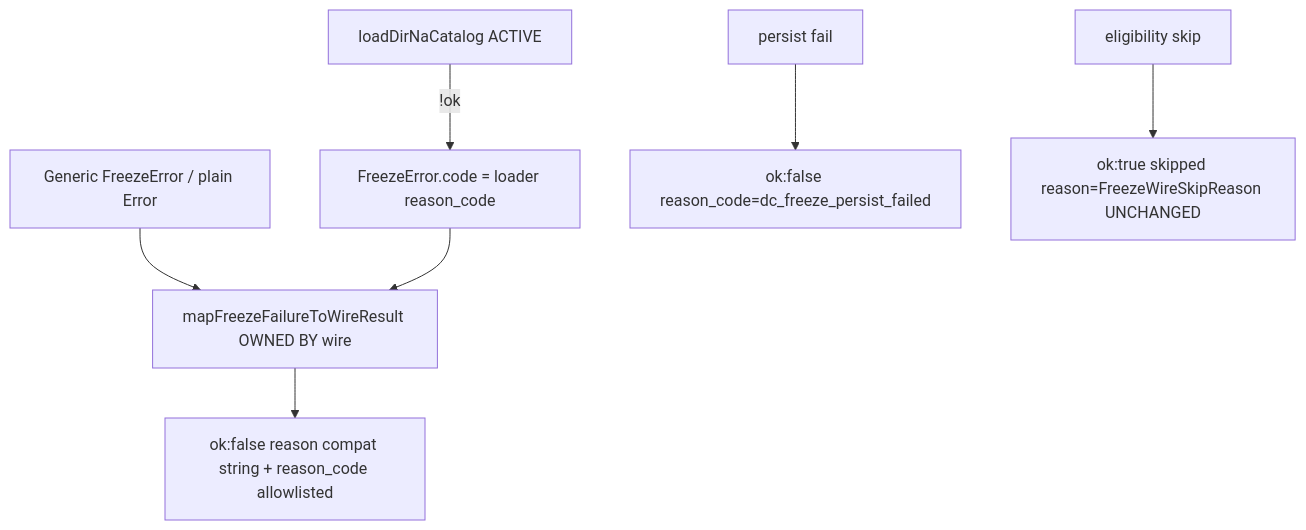
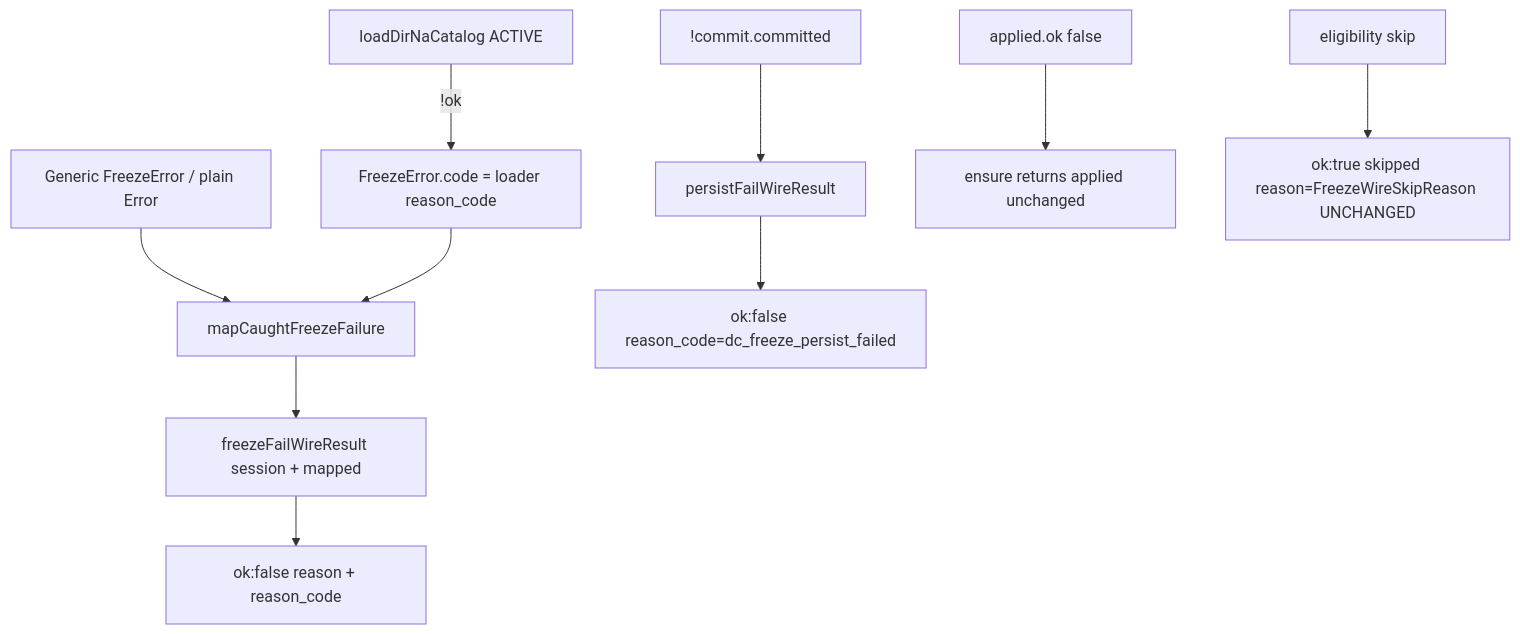
One commit to Mattchen217/POJU changed the second of 2 diagrams in docs/eastern-os/decision-intake-2.0/STAGE-3.2-S3-IMPLEMENTATION-PLAN.md. Above: the diagram before and after it, drawn with Mermaid. The commit also changed other lines of this file, not shown here.

````diff
--- a/docs/eastern-os/decision-intake-2.0/STAGE-3.2-S3-IMPLEMENTATION-PLAN.md
+++ b/docs/eastern-os/decision-intake-2.0/STAGE-3.2-S3-IMPLEMENTATION-PLAN.md
@@ -99,9 +144,12 @@
 ```mermaid
 flowchart TD
   load["loadDirNaCatalog ACTIVE"] -->|!ok| fe["FreezeError.code = loader reason_code"]
   gate["Generic FreezeError / plain Error"] --> map
-  fe --> map["mapFreezeFailureToWireResult OWNED BY wire"]
-  map --> wire["ok:false reason compat string + reason_code allowlisted"]
-  persistFail["persist fail"] --> wireP["ok:false reason_code=dc_freeze_persist_failed"]
+  fe --> map["mapCaughtFreezeFailure"]
+  map --> failHelper["freezeFailWireResult session + mapped"]
+  failHelper --> wire["ok:false reason + reason_code"]
+  persistFail["!commit.committed"] --> persistHelper["persistFailWireResult"]
+  persistHelper --> wireP["ok:false reason_code=dc_freeze_persist_failed"]
+  applyFail["applied.ok false"] --> ensurePass["ensure returns applied unchanged"]
   skip["eligibility skip"] --> skipOk["ok:true skipped reason=FreezeWireSkipReason UNCHANGED"]
 ```
````
